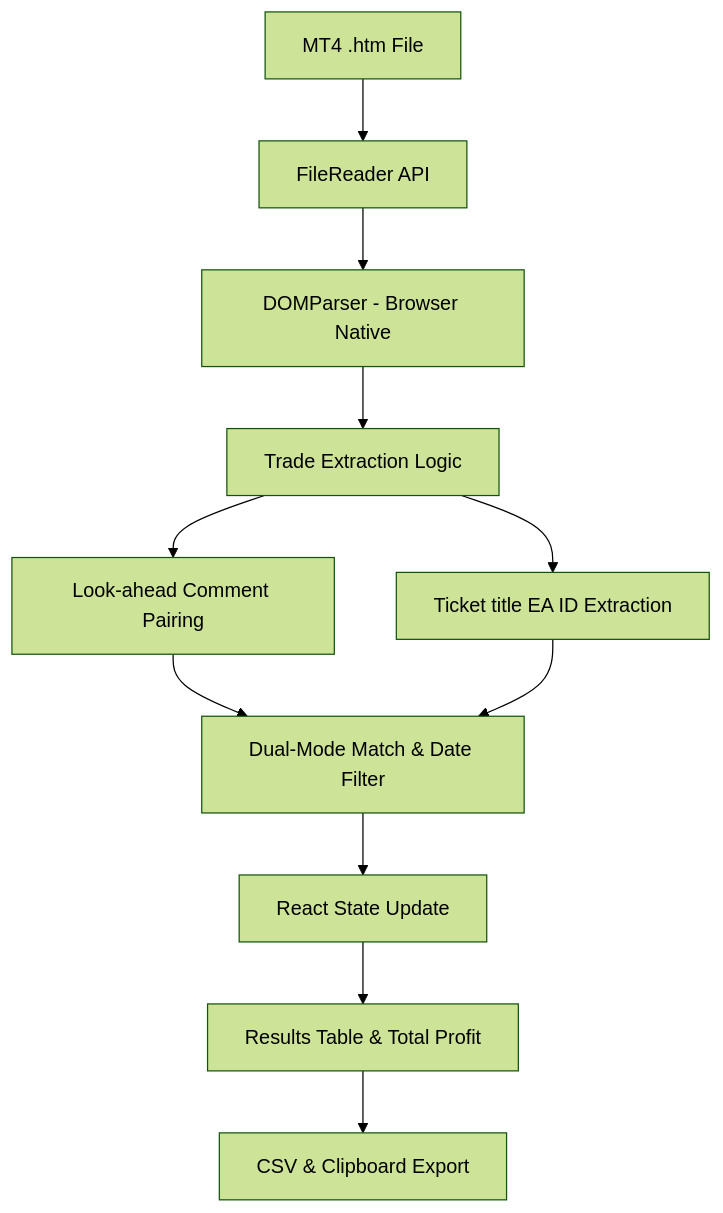
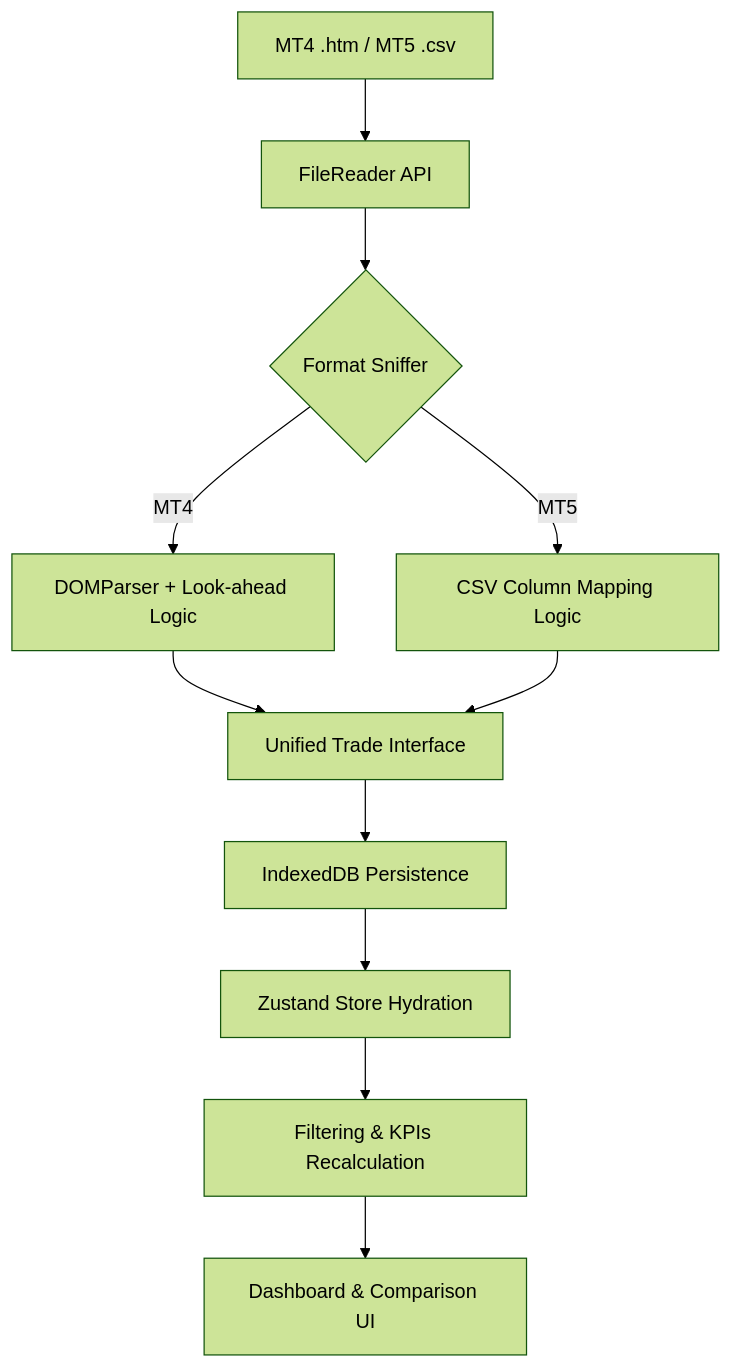
Before and after one commit to tuannho0802/MetaTrader-Report-Analzyer: the diagram in metatrader-analyzer-skills/system-design.md, drawn with Mermaid (forest theme). The commit also changed other lines of this file and 7 other files, not shown here.

````diff
--- a/metatrader-analyzer-skills/system-design.md
+++ b/metatrader-analyzer-skills/system-design.md
@@ -27,13 +36,13 @@
 ```mermaid
 graph TD
-    A[MT4 .htm File] --> B[FileReader API]
-    B --> C[DOMParser - Browser Native]
-    C --> D[Trade Extraction Logic]
-    D --> E1[Look-ahead Comment Pairing]
-    D --> E2[Ticket title EA ID Extraction]
-    E1 --> F[Dual-Mode Match & Date Filter]
-    E2 --> F
-    F --> G[React State Update]
-    G --> H[Results Table & Total Profit]
-    H --> I[CSV & Clipboard Export]
+    A[MT4 .htm / MT5 .csv] --> B[FileReader API]
+    B --> C{Format Sniffer}
+    C -->|MT4| D1[DOMParser + Look-ahead Logic]
+    C -->|MT5| D2[CSV Column Mapping Logic]
+    D1 --> E[Unified Trade Interface]
+    D2 --> E
+    E --> F[IndexedDB Persistence]
+    F --> G[Zustand Store Hydration]
+    G --> H[Filtering & KPIs Recalculation]
+    H --> I[Dashboard & Comparison UI]
 ```
````
